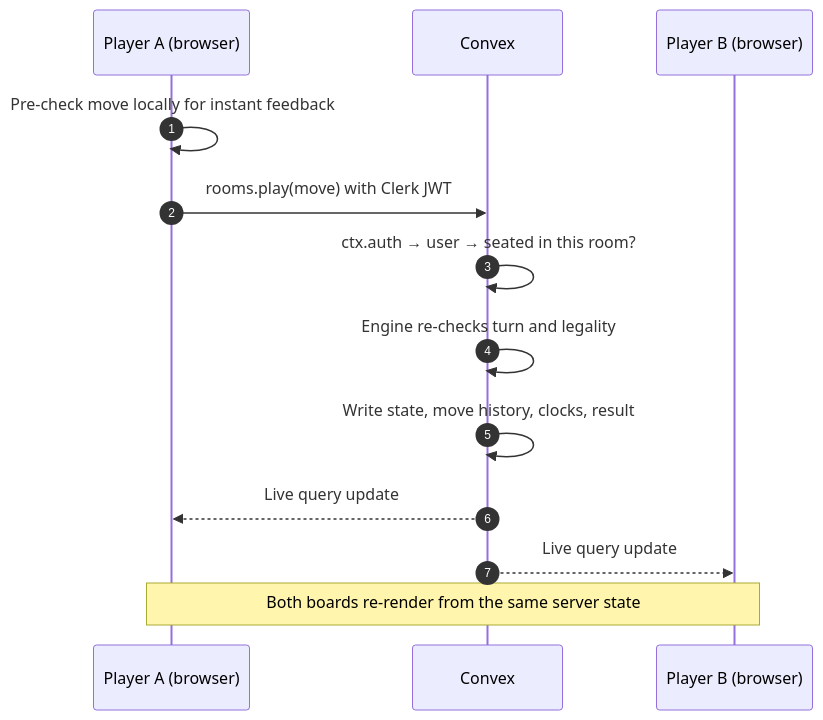
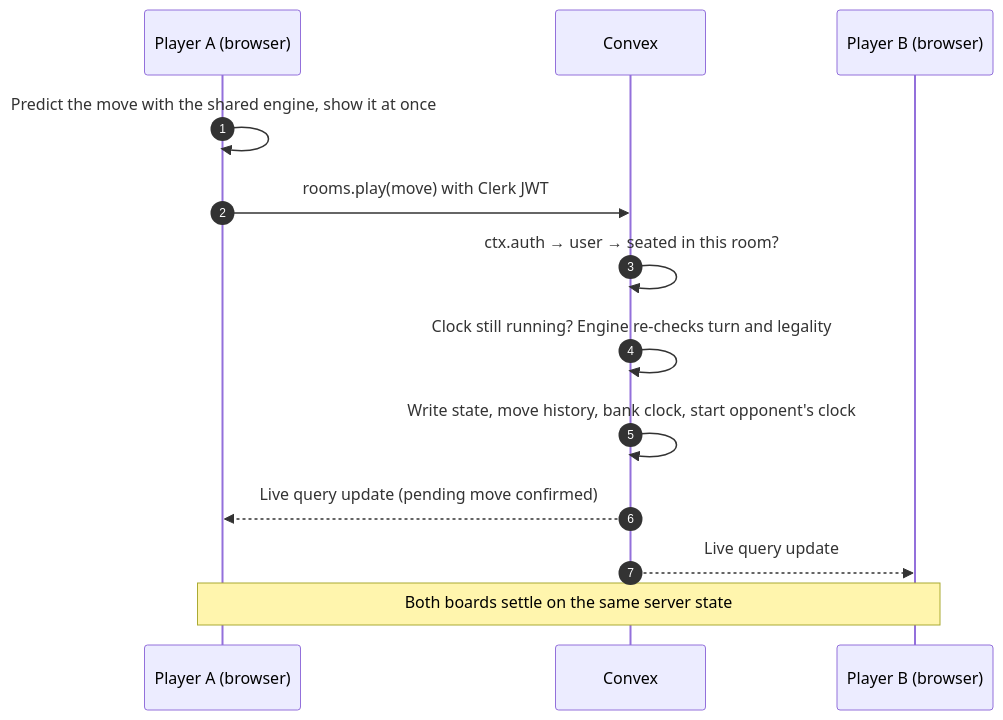
Before and after one commit to nikkoabucejo/twoplay: the second of 7 diagrams in README.md, drawn with Mermaid. The commit also changed other lines of this file, not shown here.

Commit message:
docs(readme): document optimistic UI and clock sync, categorize highlights

````diff
--- a/README.md
+++ b/README.md
@@ -292,16 +303,16 @@
 ```mermaid
 sequenceDiagram
     autonumber
     participant A as Player A (browser)
     participant C as Convex
     participant B as Player B (browser)
 
-    A->>A: Pre-check move locally for instant feedback
+    A->>A: Predict the move with the shared engine, show it at once
     A->>C: rooms.play(move) with Clerk JWT
     C->>C: ctx.auth → user → seated in this room?
-    C->>C: Engine re-checks turn and legality
-    C->>C: Write state, move history, clocks, result
-    C-->>A: Live query update
+    C->>C: Clock still running? Engine re-checks turn and legality
+    C->>C: Write state, move history, bank clock, start opponent's clock
+    C-->>A: Live query update (pending move confirmed)
     C-->>B: Live query update
-    Note over A,B: Both boards re-render from the same server state
+    Note over A,B: Both boards settle on the same server state
 ```
````
